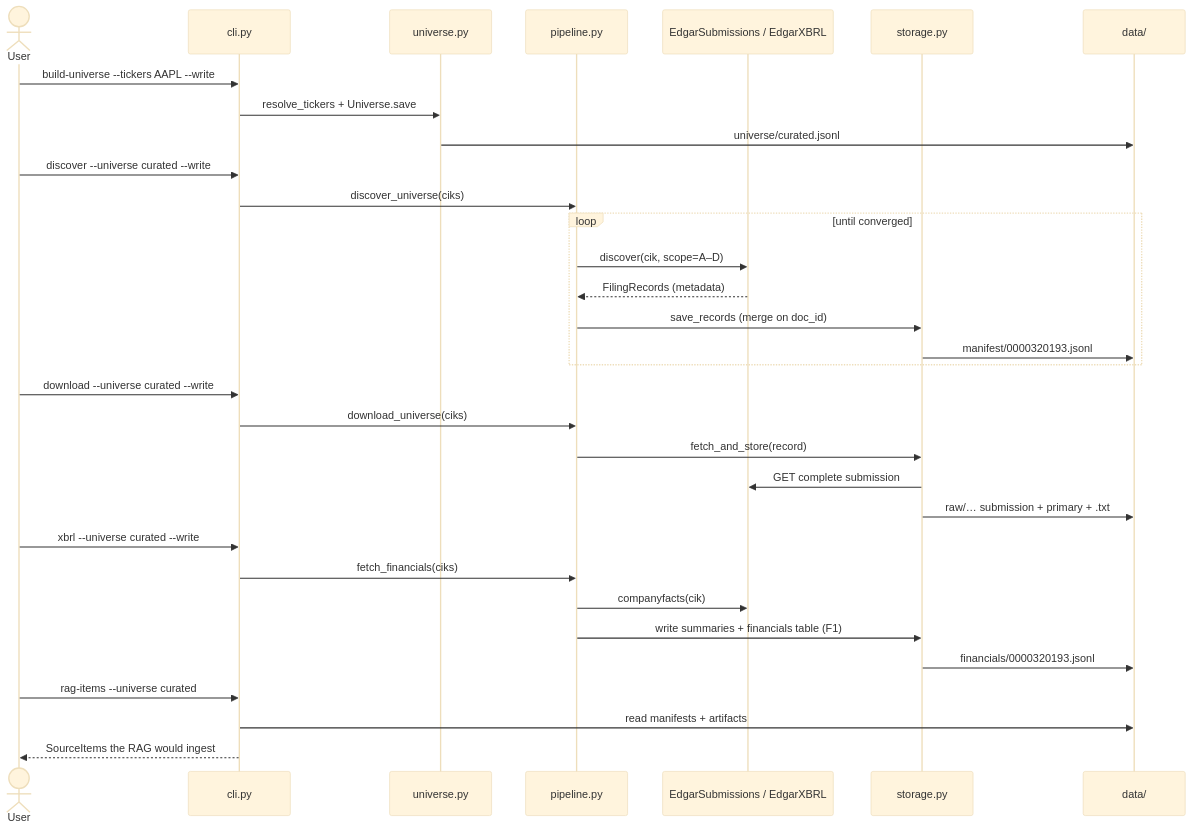
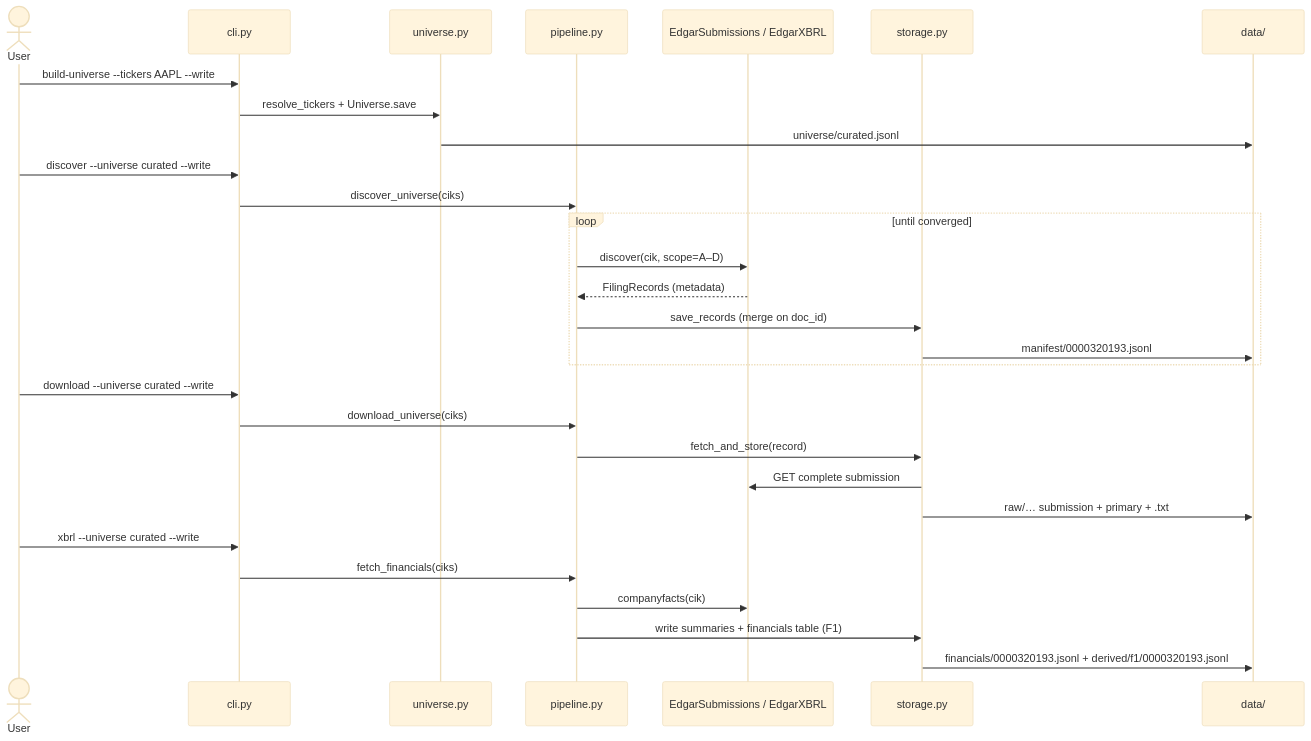
The seventh of 7 diagrams in docs/ARCHITECTURE.md (MyOpenFund/company-corpus), drawn with Mermaid (base theme) before and after one commit. The commit also changed other lines of this file and 12 other files, not shown here.

First line of the commit message:
Remove rag.py and rag-items: the orchestrator reads company documents from the vault; docs for the contract

````diff
--- a/docs/ARCHITECTURE.md
+++ b/docs/ARCHITECTURE.md
@@ -400,39 +412,35 @@
 ```mermaid
 sequenceDiagram
     actor User
     participant CLI as cli.py
     participant Uni as universe.py
     participant Pipe as pipeline.py
     participant Src as EdgarSubmissions / EdgarXBRL
     participant Store as storage.py
     participant Disk as data/
 
     User->>CLI: build-universe --tickers AAPL --write
     CLI->>Uni: resolve_tickers + Universe.save
     Uni->>Disk: universe/curated.jsonl
 
     User->>CLI: discover --universe curated --write
     CLI->>Pipe: discover_universe(ciks)
     loop until converged
         Pipe->>Src: discover(cik, scope=A–D)
         Src-->>Pipe: FilingRecords (metadata)
         Pipe->>Store: save_records (merge on doc_id)
         Store->>Disk: manifest/0000320193.jsonl
     end
 
     User->>CLI: download --universe curated --write
     CLI->>Pipe: download_universe(ciks)
     Pipe->>Store: fetch_and_store(record)
     Store->>Src: GET complete submission
     Store->>Disk: raw/… submission + primary + .txt
 
     User->>CLI: xbrl --universe curated --write
     CLI->>Pipe: fetch_financials(ciks)
     Pipe->>Src: companyfacts(cik)
     Pipe->>Store: write summaries + financials table (F1)
-    Store->>Disk: financials/0000320193.jsonl
-
-    User->>CLI: rag-items --universe curated
-    CLI->>Disk: read manifests + artifacts
-    CLI-->>User: SourceItems the RAG would ingest
+    Store->>Disk: financials/0000320193.jsonl + derived/f1/0000320193.jsonl
 ```
````
